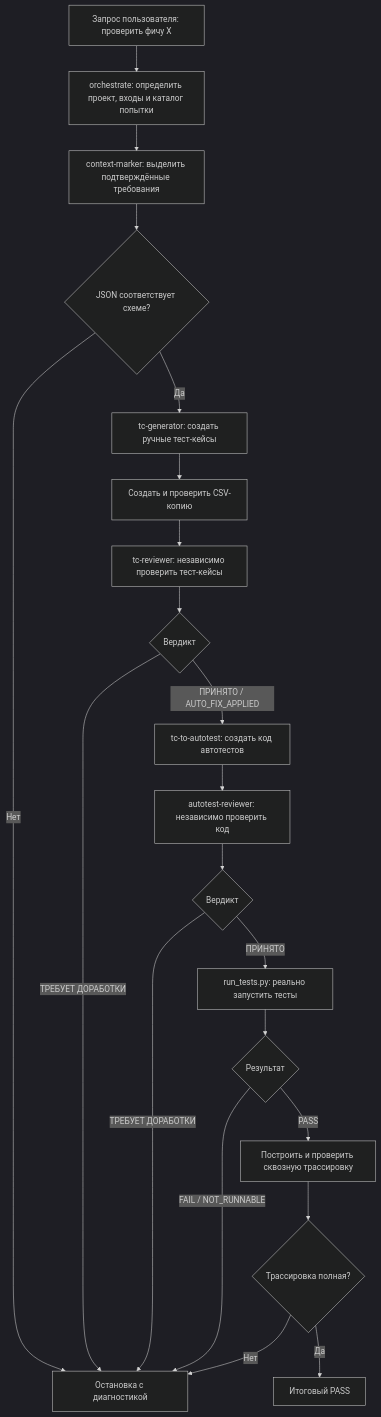
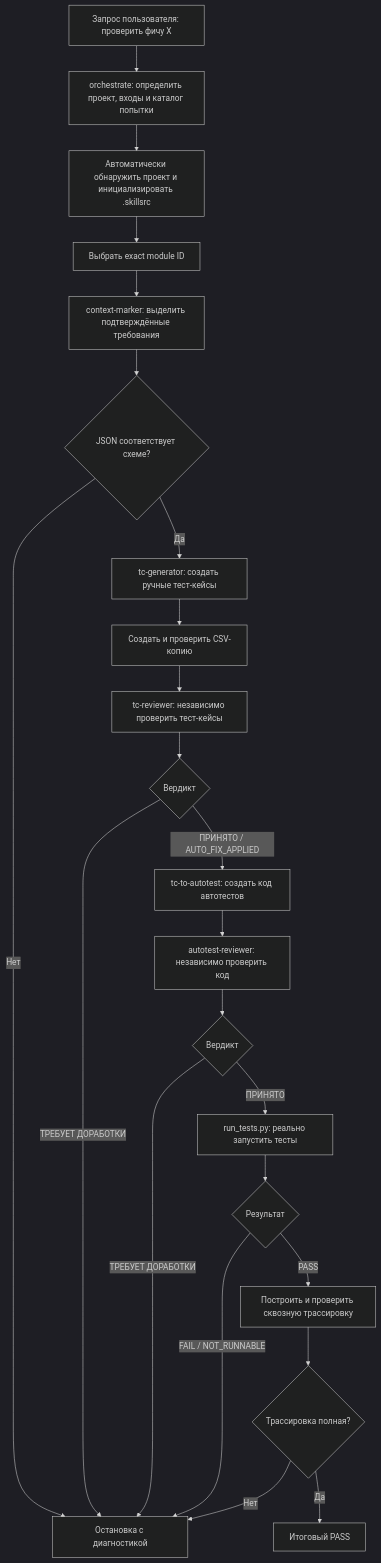
One commit to IxFire-X/test-skills changed the diagram in HOW-IT-WORKS.md. Above: the diagram before and after it, drawn with Mermaid (dark theme). The commit also changed other lines of this file and 6 other files, not shown here.

````diff
--- a/HOW-IT-WORKS.md
+++ b/HOW-IT-WORKS.md
@@ -12,23 +12,25 @@
 ```mermaid
 flowchart TD
     U["Запрос пользователя: проверить фичу X"] --> O["orchestrate: определить проект, входы и каталог попытки"]
-    O --> C["context-marker: выделить подтверждённые требования"]
+    O --> B["Автоматически обнаружить проект и инициализировать .skillsrc"]
+    B --> M["Выбрать exact module ID"]
+    M --> C["context-marker: выделить подтверждённые требования"]
     C --> CV{"JSON соответствует схеме?"}
     CV -- "Нет" --> STOP["Остановка с диагностикой"]
     CV -- "Да" --> G["tc-generator: создать ручные тест-кейсы"]
     G --> CSV["Создать и проверить CSV-копию"]
     CSV --> R["tc-reviewer: независимо проверить тест-кейсы"]
     R --> RV{"Вердикт"}
     RV -- "ТРЕБУЕТ ДОРАБОТКИ" --> STOP
     RV -- "ПРИНЯТО / AUTO_FIX_APPLIED" --> A["tc-to-autotest: создать код автотестов"]
     A --> AR["autotest-reviewer: независимо проверить код"]
     AR --> ARV{"Вердикт"}
     ARV -- "ТРЕБУЕТ ДОРАБОТКИ" --> STOP
     ARV -- "ПРИНЯТО" --> RUN["run_tests.py: реально запустить тесты"]
     RUN --> RUNV{"Результат"}
     RUNV -- "FAIL / NOT_RUNNABLE" --> STOP
     RUNV -- "PASS" --> TRACE["Построить и проверить сквозную трассировку"]
     TRACE --> TV{"Трассировка полная?"}
     TV -- "Нет" --> STOP
     TV -- "Да" --> PASS["Итоговый PASS"]
 ```
````
